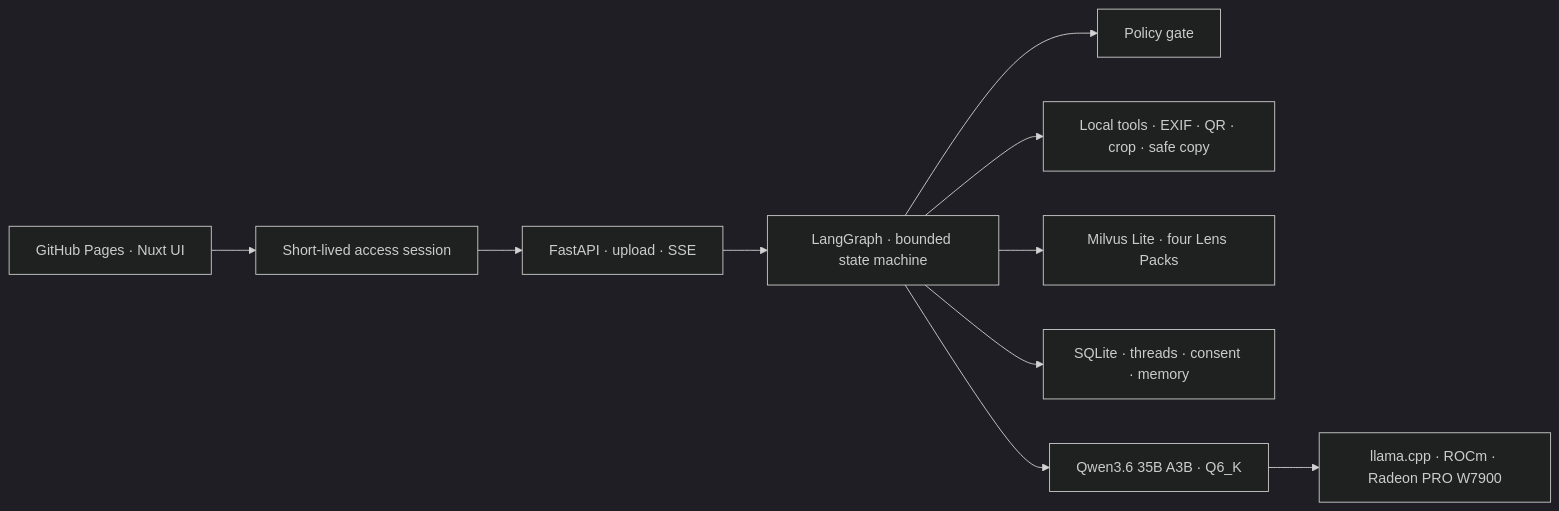
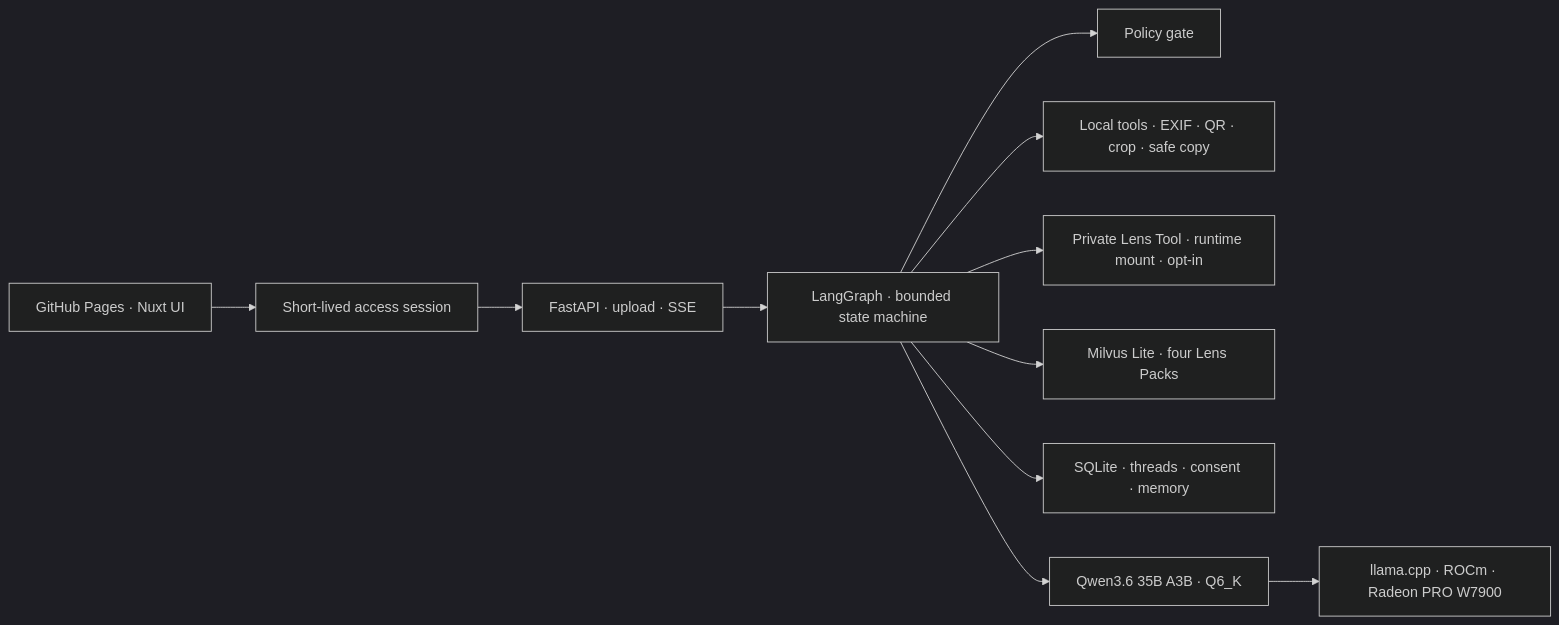
Before and after one commit to AMD-DEV-CONTEST/Radeon-hackathon-2026-07: the diagram in docs/SUBMISSION_BRIEF.md, drawn with Mermaid (dark theme). The commit also changed other lines of this file and 23 other files, not shown here.

Commit message:
integrate runtime-only private 108 lens tool

````diff
--- a/docs/SUBMISSION_BRIEF.md
+++ b/docs/SUBMISSION_BRIEF.md
@@ -47,20 +51,22 @@
 ```mermaid
 flowchart LR
     UI["GitHub Pages · Nuxt UI"]
     AUTH["Short-lived access session"]
     API["FastAPI · upload · SSE"]
     GRAPH["LangGraph · bounded state machine"]
     POLICY["Policy gate"]
     TOOLS["Local tools · EXIF · QR · crop · safe copy"]
+    PRIVATE["Private Lens Tool · runtime mount · opt-in"]
     RAG["Milvus Lite · four Lens Packs"]
     MEMORY["SQLite · threads · consent · memory"]
     MODEL["Qwen3.6 35B A3B · Q6_K"]
     GPU["llama.cpp · ROCm · Radeon PRO W7900"]
 
     UI --> AUTH --> API --> GRAPH
     GRAPH --> POLICY
     GRAPH --> TOOLS
+    GRAPH --> PRIVATE
     GRAPH --> RAG
     GRAPH --> MEMORY
     GRAPH --> MODEL --> GPU
 ```
````
